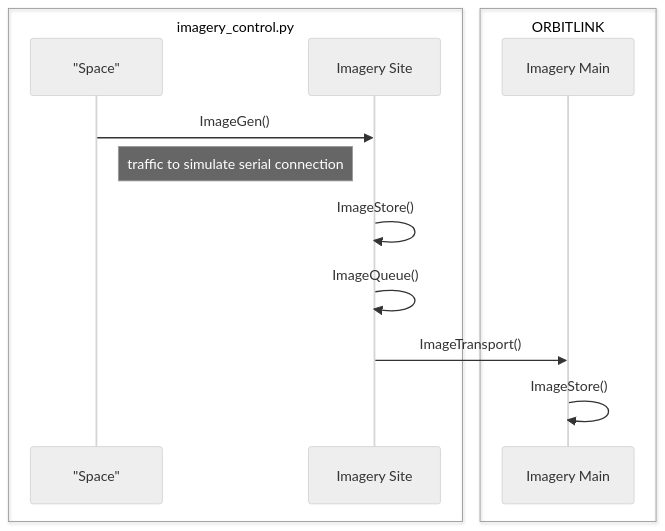
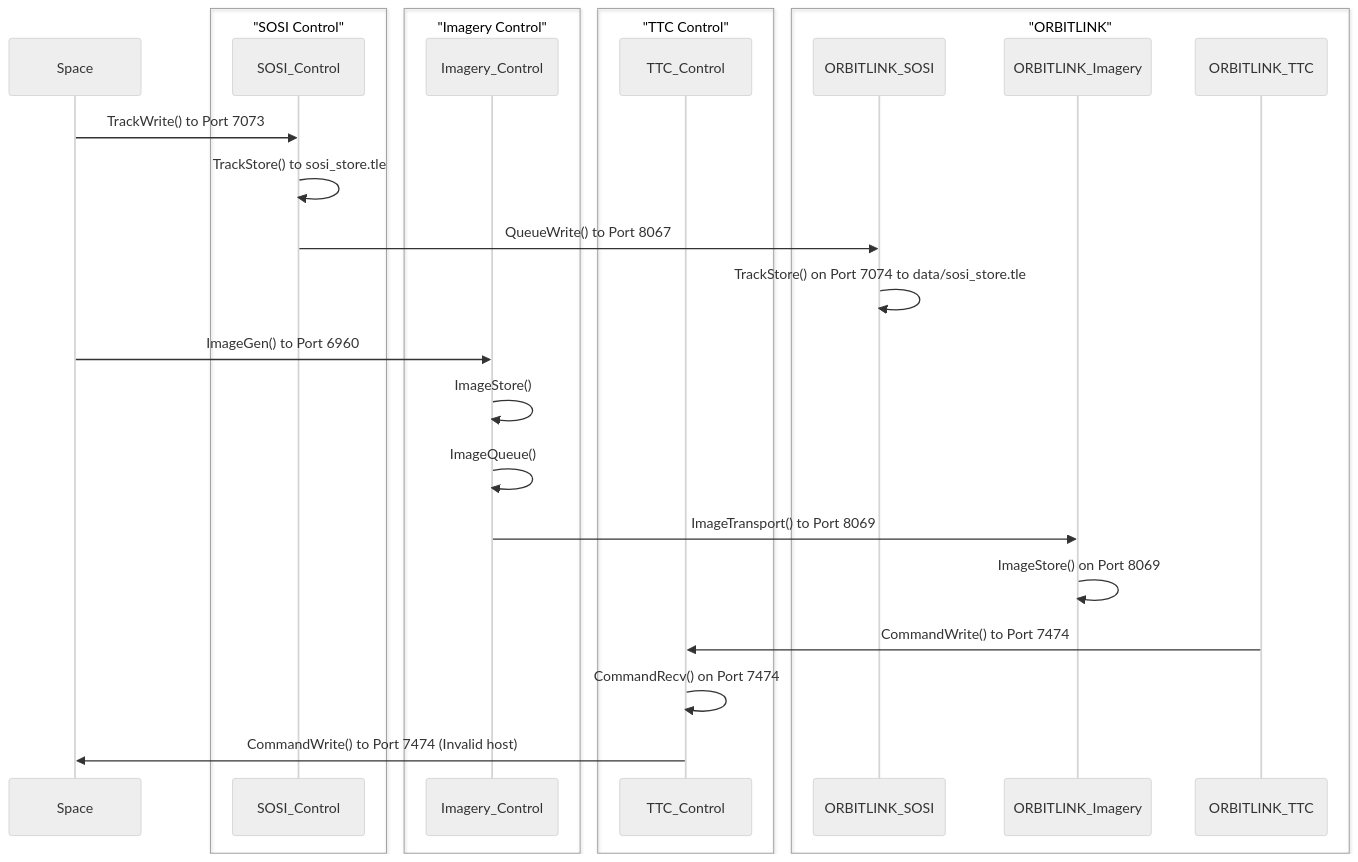
Before and after one commit to blues-clues-security/orbitlink: the second of 2 diagrams in README.md, drawn with Mermaid (neutral theme). The commit also changed other lines of this file and 1 other file, not shown here.

````diff
--- a/README.md
+++ b/README.md
@@ -78,17 +60,45 @@
 ```mermaid
 sequenceDiagram
-box imagery_control.py
-participant "Space"
-participant Imagery Site
-end
-box ORBITLINK
-participant Imagery Main
-end
 
-"Space"->>Imagery Site: ImageGen()
-Note right of "Space": traffic to simulate serial connection 
-Imagery Site->>Imagery Site: ImageStore()
-Imagery Site->>Imagery Site: ImageQueue()
-Imagery Site->>Imagery Main: ImageTransport()
-Imagery Main->>Imagery Main: ImageStore()
+    participant Space
+
+    %% Group for SOSI
+    box "SOSI Control"
+        participant SOSI_Control
+    end
+
+    %% Group for Imagery
+    box "Imagery Control"
+        participant Imagery_Control
+    end
+
+    %% Group for TTC
+    box "TTC Control"
+        participant TTC_Control
+    end
+
+    %% Group for ORBITLINK
+    box "ORBITLINK"
+        participant ORBITLINK_SOSI
+        participant ORBITLINK_Imagery
+        participant ORBITLINK_TTC
+    end
+    
+    %% For SOSI
+    Space->>SOSI_Control: TrackWrite() to Port 7073
+    SOSI_Control->>SOSI_Control: TrackStore() to sosi_store.tle
+    SOSI_Control->>ORBITLINK_SOSI: QueueWrite() to Port 8067
+    ORBITLINK_SOSI->>ORBITLINK_SOSI: TrackStore() on Port 7074 to data/sosi_store.tle
+
+    %% For Imagery
+    Space->>Imagery_Control: ImageGen() to Port 6960
+    Imagery_Control->>Imagery_Control: ImageStore()
+    Imagery_Control->>Imagery_Control: ImageQueue()
+    Imagery_Control->>ORBITLINK_Imagery: ImageTransport() to Port 8069
+    ORBITLINK_Imagery->>ORBITLINK_Imagery: ImageStore() on Port 8069
+
+    %% For TTC
+    ORBITLINK_TTC->>TTC_Control: CommandWrite() to Port 7474
+    TTC_Control->>TTC_Control: CommandRecv() on Port 7474
+    TTC_Control->>Space: CommandWrite() to Port 7474 (Invalid host)
 ```
````
